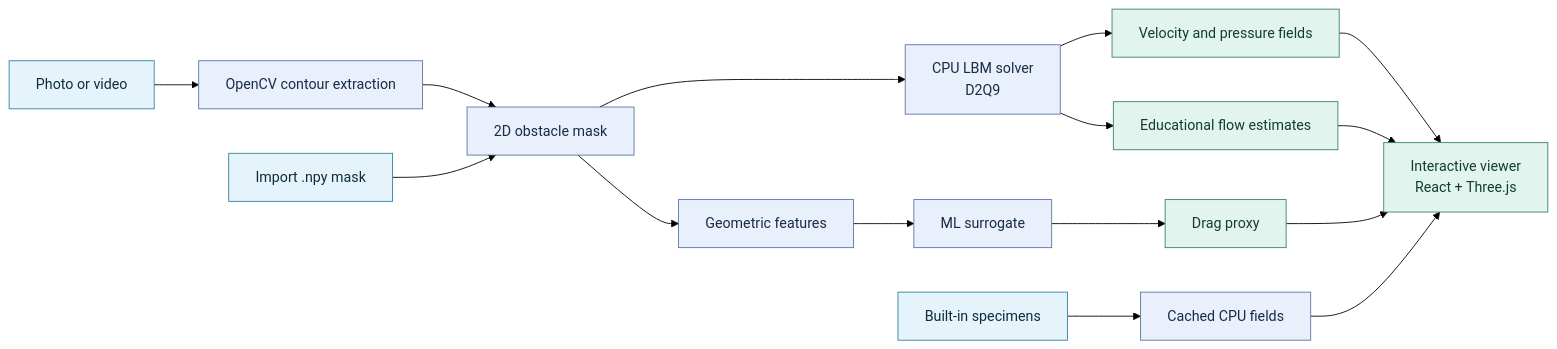
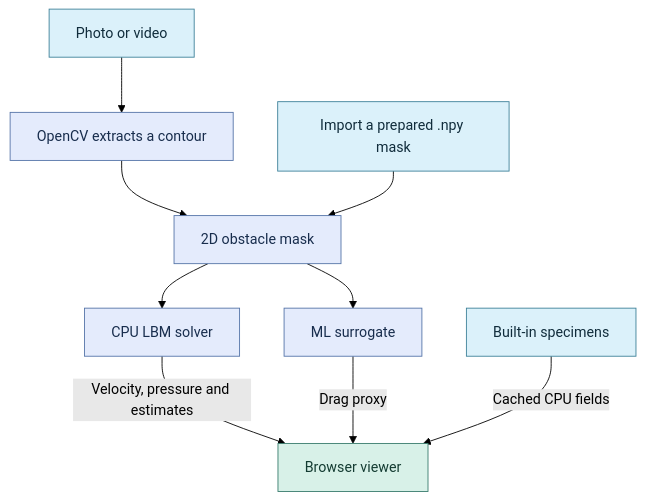
Before and after one commit to Yumekaz/AeroVoxel: the first of 2 diagrams in README.md, drawn with Mermaid (forest theme). The commit also changed other lines of this file and 2 other files, not shown here.

````diff
--- a/README.md
+++ b/README.md
@@ -116,24 +92,18 @@
 ```mermaid
-flowchart LR
-    photo["Photo or video"] --> cv["OpenCV contour extraction"]
-    cv --> mask["2D obstacle mask"]
-    file["Import .npy mask"] --> mask
-    mask --> solver["CPU LBM solver<br/>D2Q9"]
-    mask --> features["Geometric features"]
-    features --> model["ML surrogate"]
-    model --> prediction["Drag proxy"]
-    solver --> fields["Velocity and pressure fields"]
-    solver --> estimates["Educational flow estimates"]
-    fields --> viewer["Interactive viewer<br/>React + Three.js"]
-    estimates --> viewer
-    prediction --> viewer
-    preset["Built-in specimens"] --> cached["Cached CPU fields"]
-    cached --> viewer
+flowchart TB
+    Capture["Photo or video"] --> CV["OpenCV extracts a contour"]
+    CV --> Mask["2D obstacle mask"]
+    Import["Import a prepared .npy mask"] --> Mask
+    Mask --> Solver["CPU LBM solver"]
+    Mask --> ML["ML surrogate"]
+    Solver -->|"Velocity, pressure and estimates"| UI["Browser viewer"]
+    ML -->|"Drag proxy"| UI
+    Presets["Built-in specimens"] -->|"Cached CPU fields"| UI
 
-    classDef input fill:#e5f3fa,stroke:#3384a3,color:#102c3b
-    classDef process fill:#e9effb,stroke:#5975a5,color:#192b45
-    classDef result fill:#e1f4ed,stroke:#39836d,color:#153c32
-    class photo,file,preset input
-    class cv,mask,solver,features,model,cached process
-    class fields,estimates,prediction,viewer result
+    classDef input fill:#dbf1fa,stroke:#3e8199,color:#102c3b
+    classDef compute fill:#e4ebfc,stroke:#5574a8,color:#182d4d
+    classDef output fill:#d8f1e8,stroke:#397c6d,color:#143c32
+    class Capture,Import,Presets input
+    class CV,Mask,Solver,ML compute
+    class UI output
 ```
````
